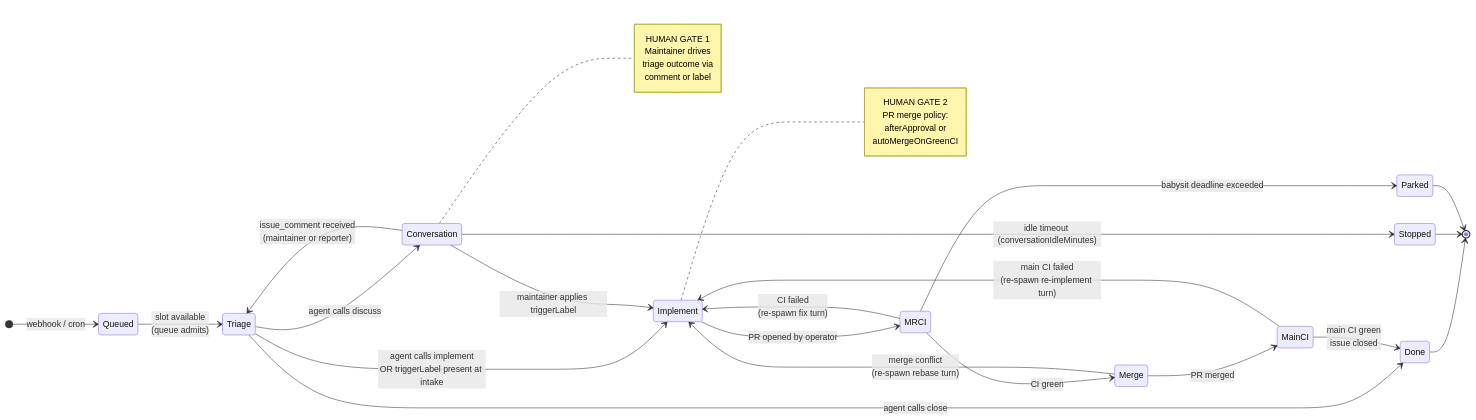
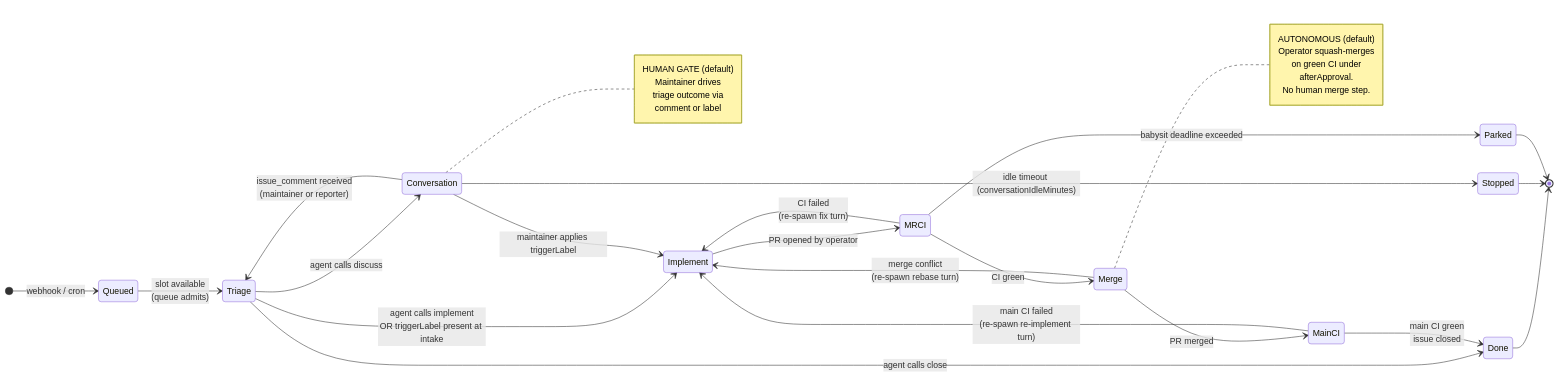
One commit to szymonrychu/tatara-documentation changed the diagram in docs/concepts/agentic-model.md. Above: the diagram before and after it, drawn with Mermaid. The commit also changed other lines of this file and 44 other files, not shown here.

````diff
--- a/docs/concepts/agentic-model.md
+++ b/docs/concepts/agentic-model.md
@@ -17,42 +19,43 @@
 ```mermaid
 stateDiagram-v2
     direction LR
     [*] --> Queued : webhook / cron
 
     Queued --> Triage : slot available<br/>(queue admits)
 
     Triage --> Conversation : agent calls discuss
     Triage --> Implement : agent calls implement<br/>OR triggerLabel present at intake
     Triage --> Done : agent calls close
 
     Conversation --> Triage : issue_comment received<br/>(maintainer or reporter)
     Conversation --> Implement : maintainer applies triggerLabel
     Conversation --> Stopped : idle timeout (conversationIdleMinutes)
 
     Implement --> MRCI : PR opened by operator
 
     MRCI --> Merge : CI green
     MRCI --> Implement : CI failed<br/>(re-spawn fix turn)
     MRCI --> Parked : babysit deadline exceeded
 
     Merge --> MainCI : PR merged
     Merge --> Implement : merge conflict<br/>(re-spawn rebase turn)
 
     MainCI --> Done : main CI green<br/>issue closed
     MainCI --> Implement : main CI failed<br/>(re-spawn re-implement turn)
 
     Done --> [*]
     Stopped --> [*]
     Parked --> [*]
 
     note right of Conversation
-        HUMAN GATE 1
+        HUMAN GATE (default)
         Maintainer drives<br/>triage outcome via
         comment or label
     end note
 
-    note right of Implement
-        HUMAN GATE 2
-        PR merge policy:<br/>afterApproval or<br/>autoMergeOnGreenCI
+    note right of Merge
+        AUTONOMOUS (default)
+        Operator squash-merges<br/>on green CI under
+        afterApproval.<br/>No human merge step.
     end note
 ```
````
